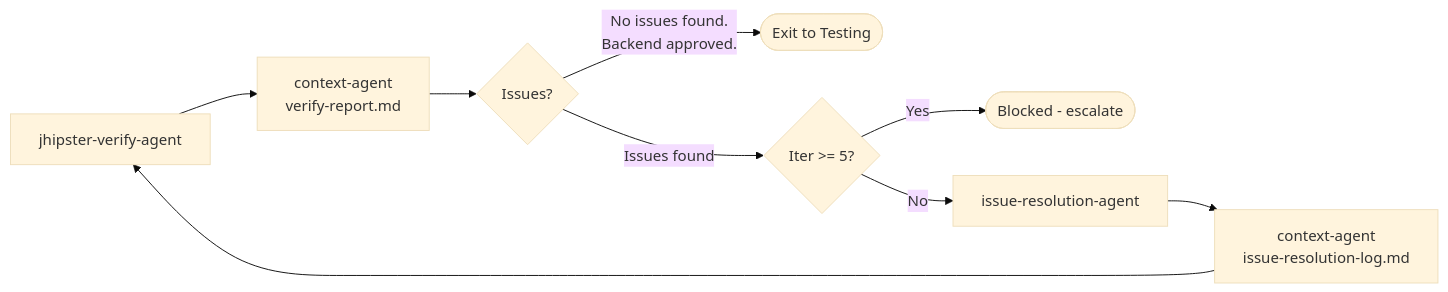
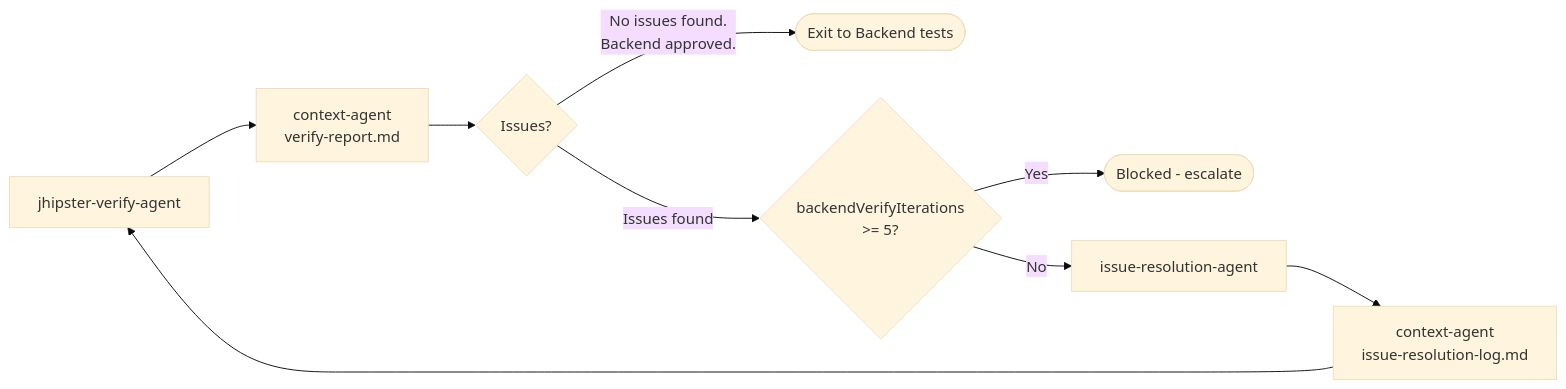
The third of 8 diagrams in .cursor/agents/ARCHITECTURE.md (priyam-qo-box/agents), drawn with Mermaid (base theme) before and after one commit. The commit also changed other lines of this file and 18 other files, not shown here.

````diff
--- a/.cursor/agents/ARCHITECTURE.md
+++ b/.cursor/agents/ARCHITECTURE.md
@@ -98,11 +85,11 @@
 ```mermaid
 flowchart LR
     A[jhipster-verify-agent] --> B["context-agent<br/>verify-report.md"]
     B --> C{Issues?}
-    C -->|"No issues found.<br/>Backend approved."| Exit([Exit to Testing])
-    C -->|Issues found| D{Iter >= 5?}
+    C -->|"No issues found.<br/>Backend approved."| Exit([Exit to Backend tests])
+    C -->|Issues found| D{backendVerifyIterations<br/>>= 5?}
     D -->|Yes| Stop([Blocked - escalate])
     D -->|No| E[issue-resolution-agent]
     E --> F["context-agent<br/>issue-resolution-log.md"]
     F --> A
 ```
````
